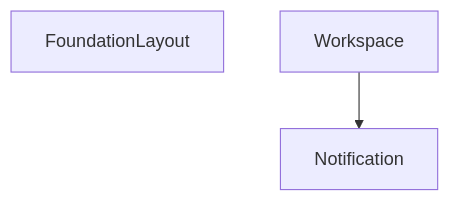
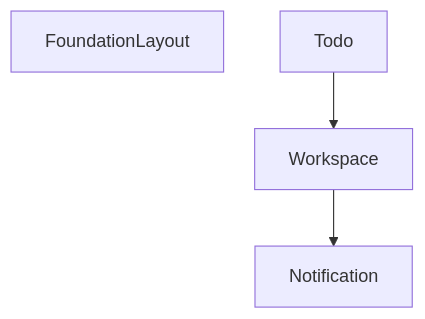
The diagram in docs/module-dependency-graph.md (rokde/laravel-starter-kit), drawn with Mermaid before and after one commit. The commit also changed other lines of this file and 2 other files, not shown here.

First line of the commit message:
Add "todo" module with related documentation and relationships

````diff
--- a/docs/module-dependency-graph.md
+++ b/docs/module-dependency-graph.md
@@ -5,7 +5,9 @@
 ```mermaid
 graph TD;
     foundationLayout["FoundationLayout"];
     notification["Notification"];
     workspace["Workspace"];
+    todo["Todo"];
     workspace --> notification;
+    todo --> workspace;
 ```
````
